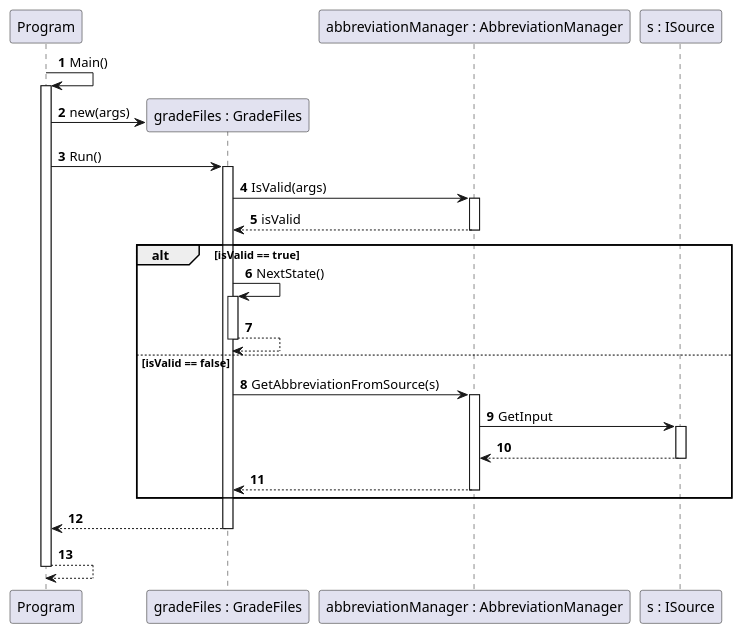
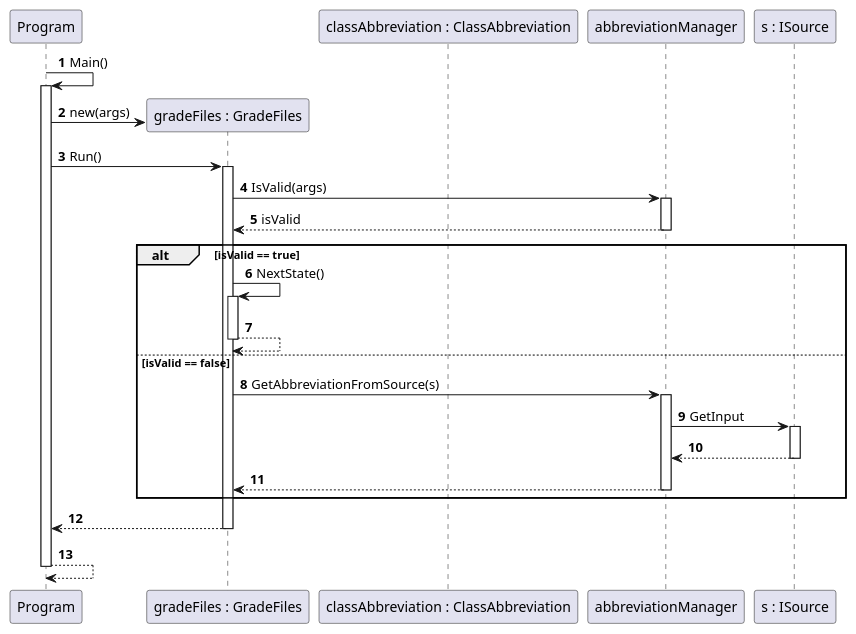
Before and after one commit to inedibleProgrammer/GradeFiles: the diagram in Documentation/Abbreviation.puml, drawn with PlantUML. The commit also changed 7 other files, not shown here.

```diff
--- a/Documentation/Abbreviation.puml
+++ b/Documentation/Abbreviation.puml
@@ -1,31 +1,31 @@
 @startuml
 
 autoactivate on
 autonumber
 
 participant Program
 participant "gradeFiles : GradeFiles" as gradeFiles
-participant "abbreviationManager : AbbreviationManager" as abbreviationManager
+participant "classAbbreviation : ClassAbbreviation" as classAbbreviation
 
 
 Program -> Program : Main()
     Program -> gradeFiles ** : new(args)
 
     Program -> gradeFiles : Run()
         gradeFiles -> abbreviationManager : IsValid(args)
         return isValid
 
         alt isValid == true
             gradeFiles -> gradeFiles : NextState()
             return
         else isValid == false
             gradeFiles -> abbreviationManager : GetAbbreviationFromSource(s)
                 abbreviationManager -> "s : ISource" : GetInput
                 return
             return
         end
     return
 return
 
 
 @enduml
```
